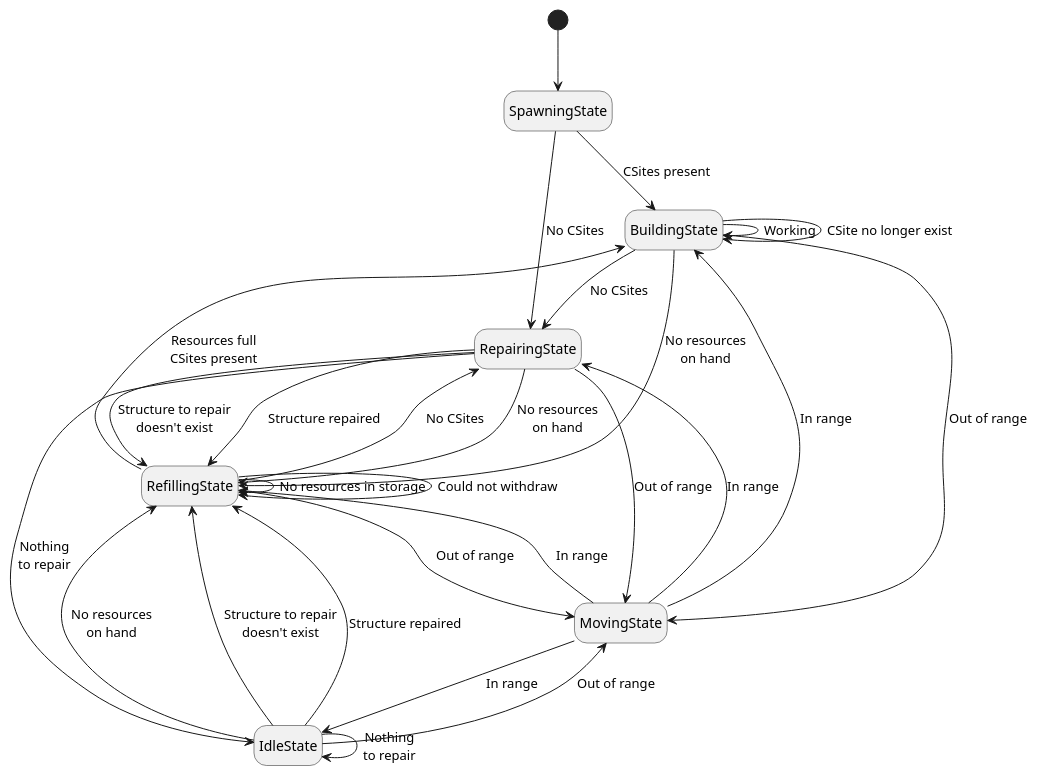
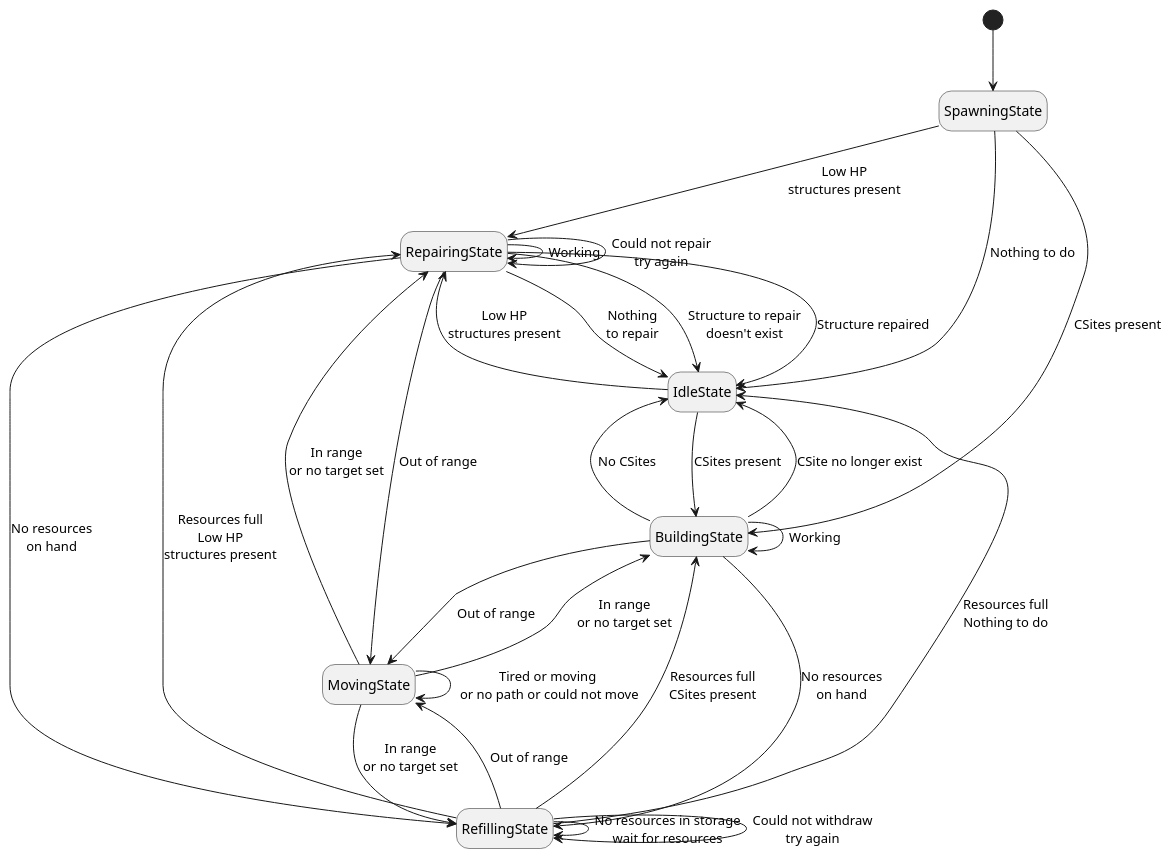
One commit to tomekbielaszewski/screeps-typescript changed the diagram in docs/roles/Builder.puml. Above: the diagram before and after it, drawn with PlantUML. The commit also changed 4 other files, not shown here.

Commit message:
moving and idle state refactored to return results rather than advancing into other states

```diff
--- a/docs/roles/Builder.puml
+++ b/docs/roles/Builder.puml
@@ -1,35 +1,36 @@
 @startuml
 hide empty description
 [*] --> SpawningState
+SpawningState --> RepairingState : Low HP\nstructures present
 SpawningState --> BuildingState : CSites present
-SpawningState --> RepairingState : No CSites
+SpawningState --> IdleState : Nothing to do
 
 BuildingState --> BuildingState : Working
-BuildingState --> BuildingState : CSite no longer exist
 BuildingState --> RefillingState : No resources\non hand
-BuildingState --> RepairingState : No CSites
 BuildingState --> MovingState : Out of range
+BuildingState --> IdleState : CSite no longer exist
+BuildingState --> IdleState : No CSites
 
+RefillingState --> RepairingState : Resources full\nLow HP\nstructures present
 RefillingState --> BuildingState : Resources full\nCSites present
-RefillingState --> RepairingState : No CSites
+RefillingState --> IdleState : Resources full\nNothing to do
 RefillingState --> MovingState : Out of range
-RefillingState --> RefillingState : No resources in storage
-RefillingState --> RefillingState : Could not withdraw
+RefillingState --> RefillingState : No resources in storage\nwait for resources
+RefillingState --> RefillingState : Could not withdraw\ntry again
 
+RepairingState --> RepairingState : Working
+RepairingState --> RepairingState : Could not repair\ntry again
 RepairingState --> RefillingState : No resources\non hand
 RepairingState --> IdleState : Nothing\nto repair
-RepairingState --> RefillingState : Structure to repair\ndoesn't exist
-RepairingState --> RefillingState : Structure repaired
+RepairingState --> IdleState : Structure to repair\ndoesn't exist
+RepairingState --> IdleState : Structure repaired
 RepairingState --> MovingState : Out of range
 
-IdleState --> RefillingState : No resources\non hand
-IdleState --> IdleState : Nothing\nto repair
-IdleState --> RefillingState : Structure to repair\ndoesn't exist
-IdleState --> RefillingState : Structure repaired
-IdleState --> MovingState : Out of range
+MovingState --> BuildingState : In range\nor no target set
+MovingState --> RefillingState : In range\nor no target set
+MovingState --> RepairingState : In range\nor no target set
+MovingState --> MovingState : Tired or moving\n or no path or could not move
 
-MovingState --> BuildingState : In range
-MovingState --> RefillingState : In range
-MovingState --> RepairingState : In range
-MovingState --> IdleState : In range
+IdleState --> RepairingState : Low HP\nstructures present
+IdleState --> BuildingState : CSites present
 @enduml
```
